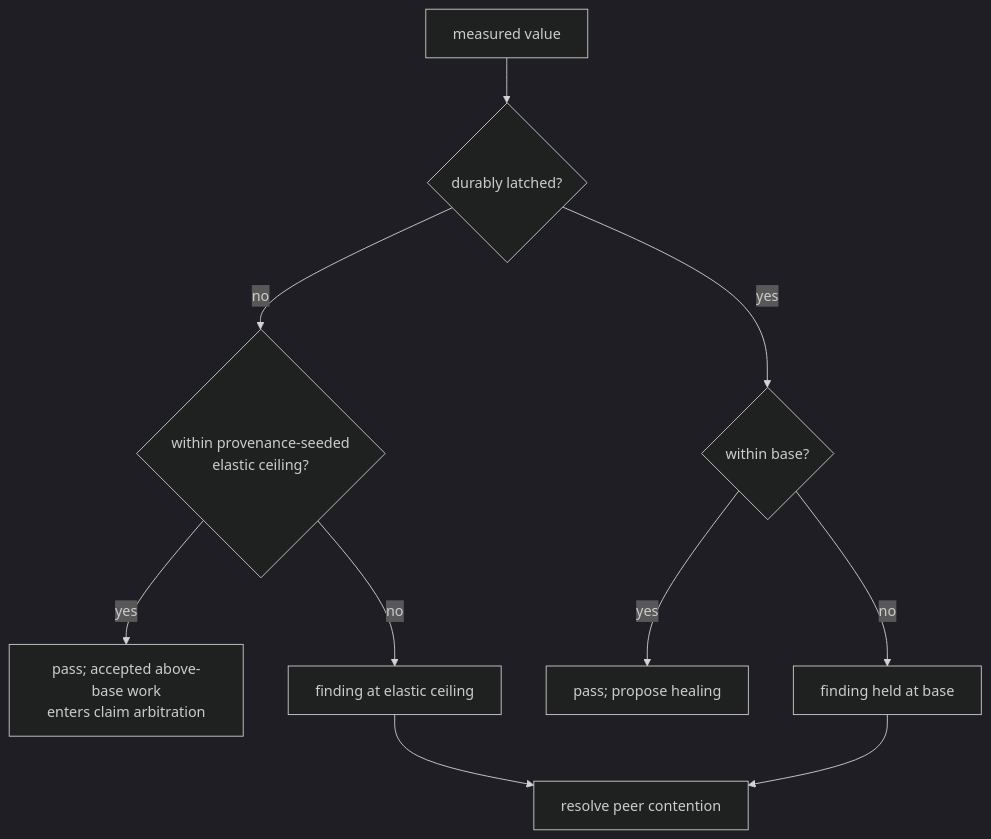
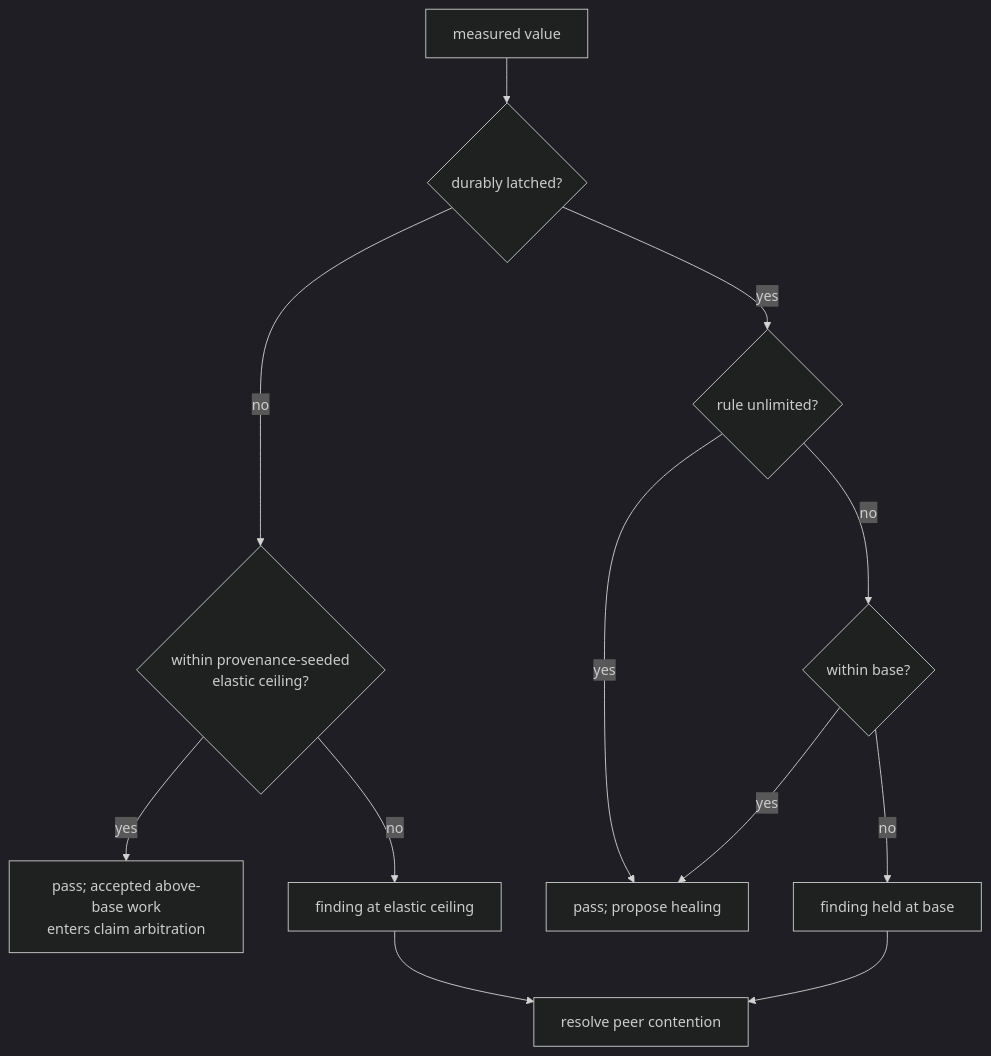
Before and after one commit to infimalabs/spice-rust: the fifth of 13 diagrams in docs/product/checks.md, drawn with Mermaid (dark theme). The commit also changed other lines of this file and 120 other files, not shown here.

````diff
--- a/docs/product/checks.md
+++ b/docs/product/checks.md
@@ -140,12 +159,14 @@
 ```mermaid
 flowchart TD
   V["measured value"] --> L{"durably latched?"}
   L -- no --> E{"within provenance-seeded<br/>elastic ceiling?"}
   E -- yes --> P["pass; accepted above-base work<br/>enters claim arbitration"]
   E -- no --> F["finding at elastic ceiling"]
-  L -- yes --> B{"within base?"}
+  L -- yes --> U{"rule unlimited?"}
+  U -- yes --> H["pass; propose healing"]
+  U -- no --> B{"within base?"}
   B -- yes --> H["pass; propose healing"]
   B -- no --> R["finding held at base"]
   F --> C["resolve peer contention"]
   R --> C
 ```
````
